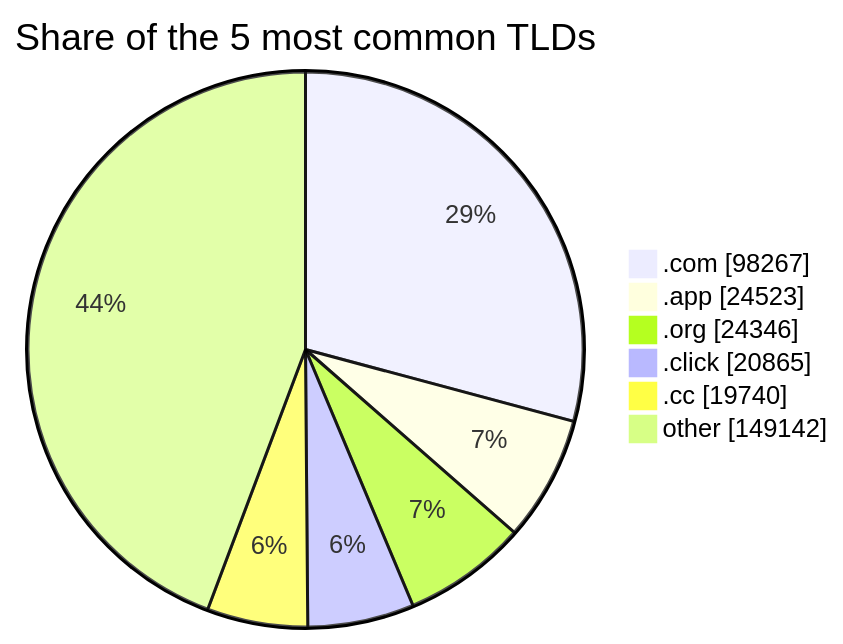
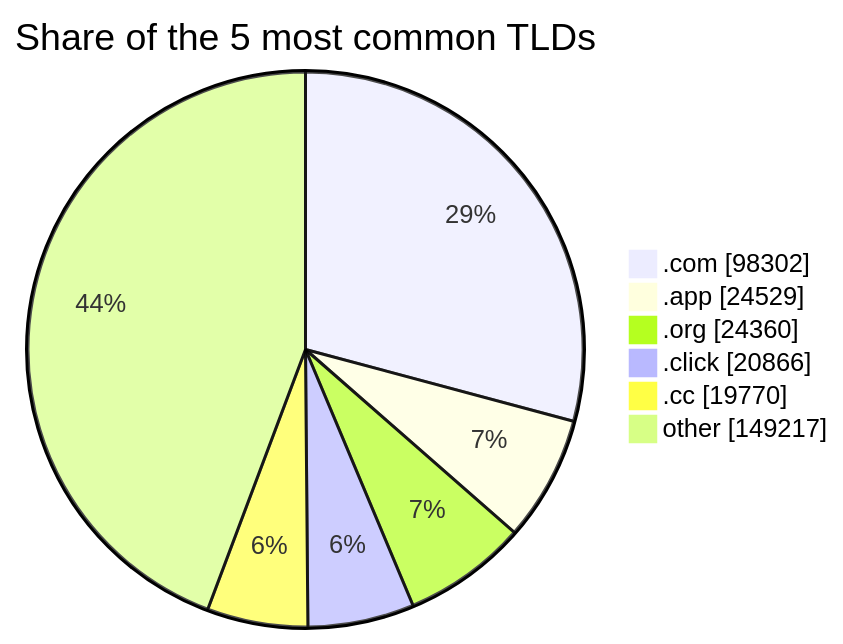
One commit to DNSBunker/CTI changed the third of 3 diagrams in README.md. Above: the diagram before and after it, drawn with Mermaid. The commit also changed other lines of this file and 3 other files, not shown here.

````diff
--- a/README.md
+++ b/README.md
@@ -81,9 +81,9 @@
 ```mermaid
 pie showData title Share of the 5 most common TLDs
-    ".com" : 98267
-    ".app" : 24523
-    ".org" : 24346
-    ".click" : 20865
-    ".cc" : 19740
-    "other" : 149142
+    ".com" : 98302
+    ".app" : 24529
+    ".org" : 24360
+    ".click" : 20866
+    ".cc" : 19770
+    "other" : 149217
 ```
````
